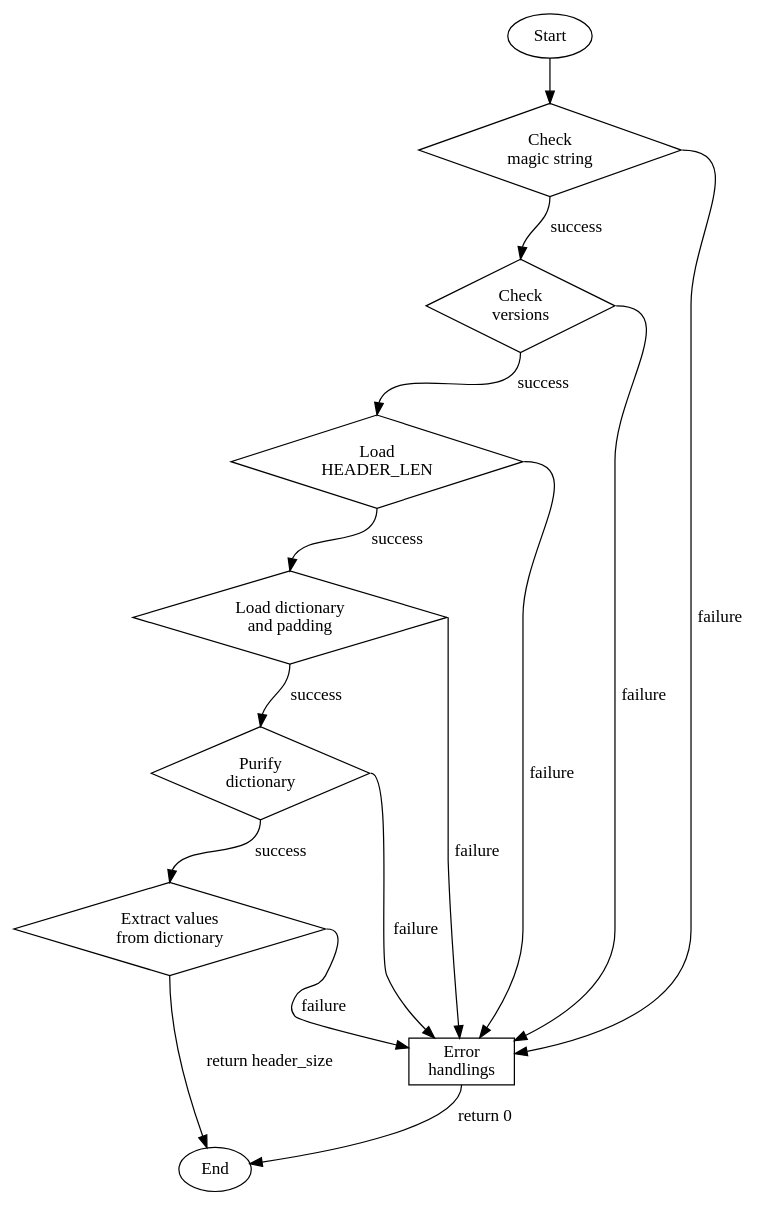
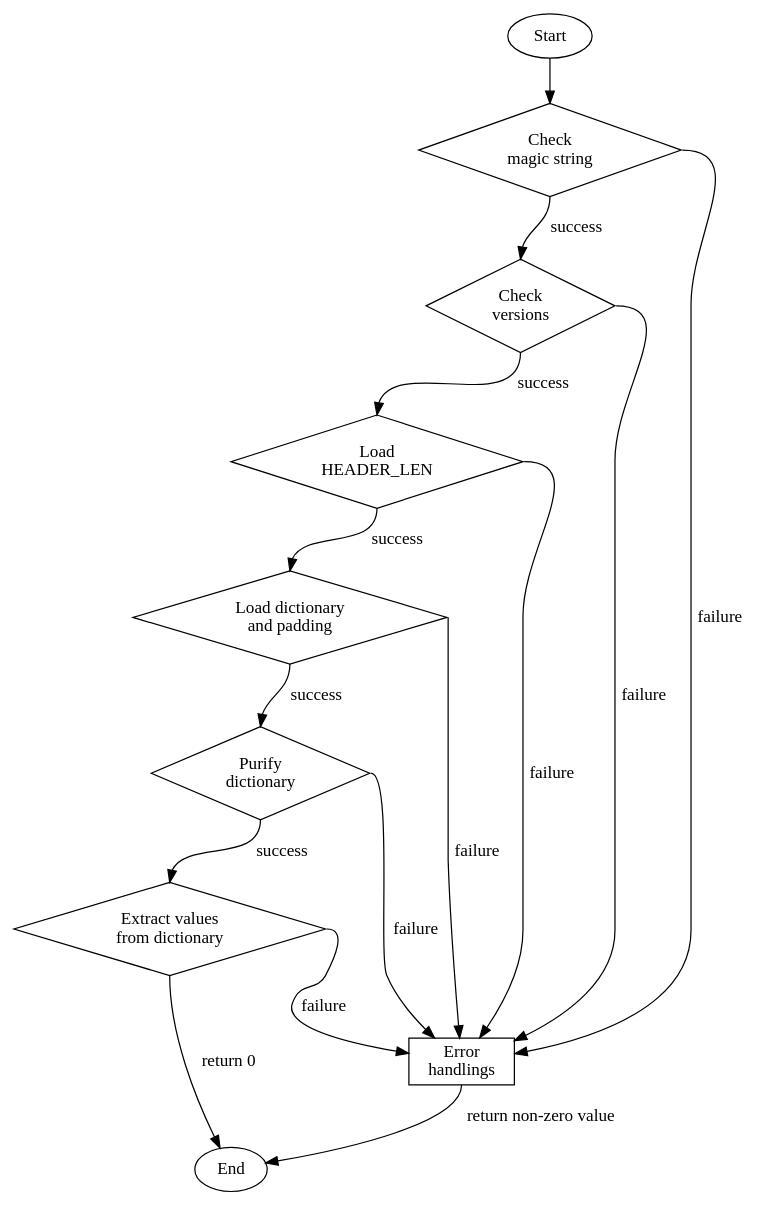
Before and after one commit to NaokiHori/SimpleNpyIO: the second of 2 diagrams in docs/source/implementation.rst, drawn with Graphviz. The commit also changed other lines of this file and 5 other files, not shown here.

Commit message:
[mod] backward-incompatible change / return error code instead of header size

```diff
--- a/docs/source/implementation.rst
+++ b/docs/source/implementation.rst
@@ -113,59 +111,59 @@
 .. graphviz::
 
    digraph {
 
       spline = false;
 
       start [
          label = "Start";
          shape = oval;
       ];
       magic_string [
          label = "Check\nmagic string";
          shape = diamond;
       ];
       versions [
          label = "Check\nversions";
          shape = diamond;
       ];
       header_len [
          label = "Load\nHEADER_LEN";
          shape = diamond;
       ];
       load_dict_padding [
          label = "Load dictionary\nand padding";
          shape = diamond;
       ];
       extract_dictionary [
          label = "Purify\ndictionary";
          shape = diamond;
       ];
       extract_values [
          label = "Extract values\nfrom dictionary";
          shape = diamond;
       ];
       end [
          label = "End";
          shape = oval;
       ];
       error [
          label = "Error\nhandlings"
          shape = rect;
       ];
 
       start:s              -> magic_string:n;
       magic_string:s       -> versions:n           [label="success"];
       magic_string:e       -> error                [label="failure"]
       versions:s           -> header_len:n         [label="success"];
       versions:e           -> error                [label="failure"]
       header_len:s         -> load_dict_padding:n  [label="success"];
       header_len:e         -> error                [label="failure"]
       load_dict_padding:s  -> extract_dictionary:n [label="success"];
       load_dict_padding:e  -> error                [label="failure"]
       extract_dictionary:s -> extract_values:n     [label="success"];
       extract_dictionary:e -> error                [label="failure"]
-      extract_values:s     -> end                  [label="return header_size"];
+      extract_values:s     -> end                  [label="return 0"];
       extract_values:e     -> error                [label="failure"]
-      error:s              -> end                  [label="return 0"];
+      error:s              -> end                  [label="return non-zero value"];
 
    }
```
